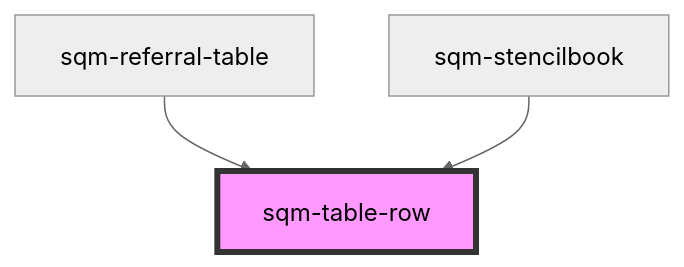
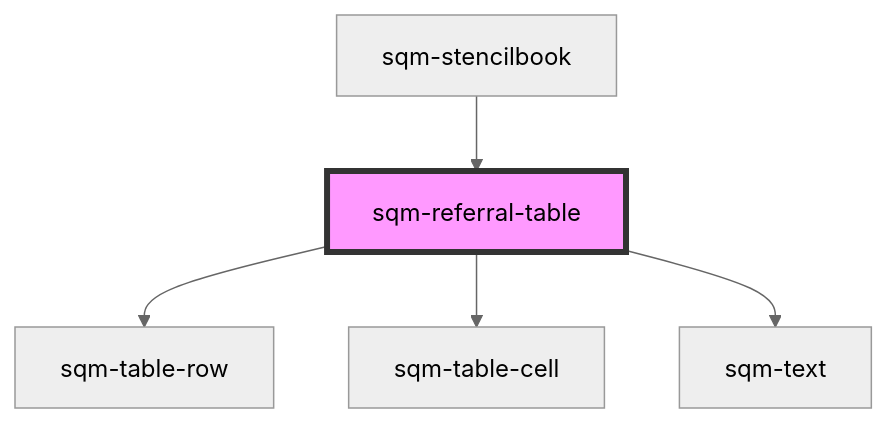
One commit to saasquatch/program-tools changed the diagram in packages/mint-components/src/components/sqm-referral-table/readme.md. Above: the diagram before and after it, drawn with Mermaid (neutral theme). The commit also changed other lines of this file and 11 other files, not shown here.

````diff
--- a/packages/mint-components/src/components/sqm-referral-table/readme.md
+++ b/packages/mint-components/src/components/sqm-referral-table/readme.md
@@ -23,6 +34,8 @@
 ```mermaid
 graph TD;
   sqm-referral-table --> sqm-table-row
-  sqm-stencilbook --> sqm-table-row
-  style sqm-table-row fill:#f9f,stroke:#333,stroke-width:4px
+  sqm-referral-table --> sqm-table-cell
+  sqm-referral-table --> sqm-text
+  sqm-stencilbook --> sqm-referral-table
+  style sqm-referral-table fill:#f9f,stroke:#333,stroke-width:4px
 ```
````
